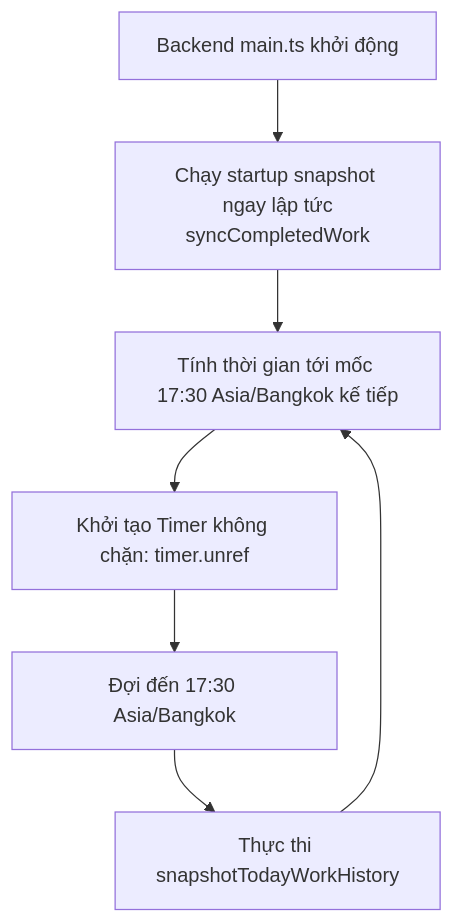
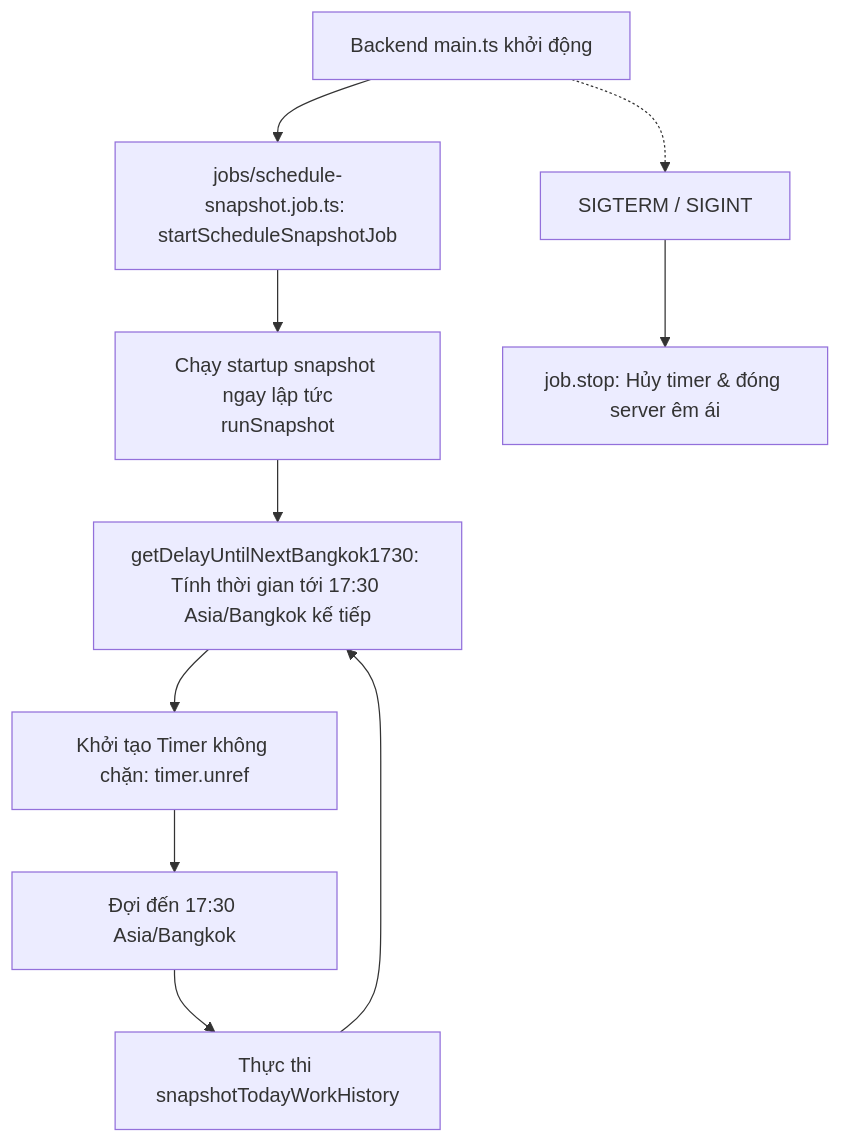
One commit to MINHDZVODICH/ctv-manage changed the seventh of 7 diagrams in docs/ARCHITECTURE.md. Above: the diagram before and after it, drawn with Mermaid. The commit also changed other lines of this file and 23 other files, not shown here.

````diff
--- a/docs/ARCHITECTURE.md
+++ b/docs/ARCHITECTURE.md
@@ -333,9 +334,11 @@
 ```mermaid
 flowchart TD
-    AppStart[Backend main.ts khởi động] --> RunOnce[Chạy startup snapshot ngay lập tức\nsyncCompletedWork]
-    RunOnce --> CalcNext[Tính thời gian tới mốc 17:30 Asia/Bangkok kế tiếp]
+    AppStart[Backend main.ts khởi động] --> StartJob[jobs/schedule-snapshot.job.ts: startScheduleSnapshotJob]
+    StartJob --> RunOnce[Chạy startup snapshot ngay lập tức\nrunSnapshot]
+    RunOnce --> CalcNext[getDelayUntilNextBangkok1730: Tính thời gian tới 17:30 Asia/Bangkok kế tiếp]
     CalcNext --> SetTimer[Khởi tạo Timer không chặn: timer.unref]
     SetTimer --> Wait[Đợi đến 17:30 Asia/Bangkok]
     Wait --> ExecJob[Thực thi snapshotTodayWorkHistory]
     ExecJob --> CalcNext
+    AppStart -.-> Shutdown[SIGTERM / SIGINT] --> StopJob[job.stop: Hủy timer & đóng server êm ái]
 ```
````
